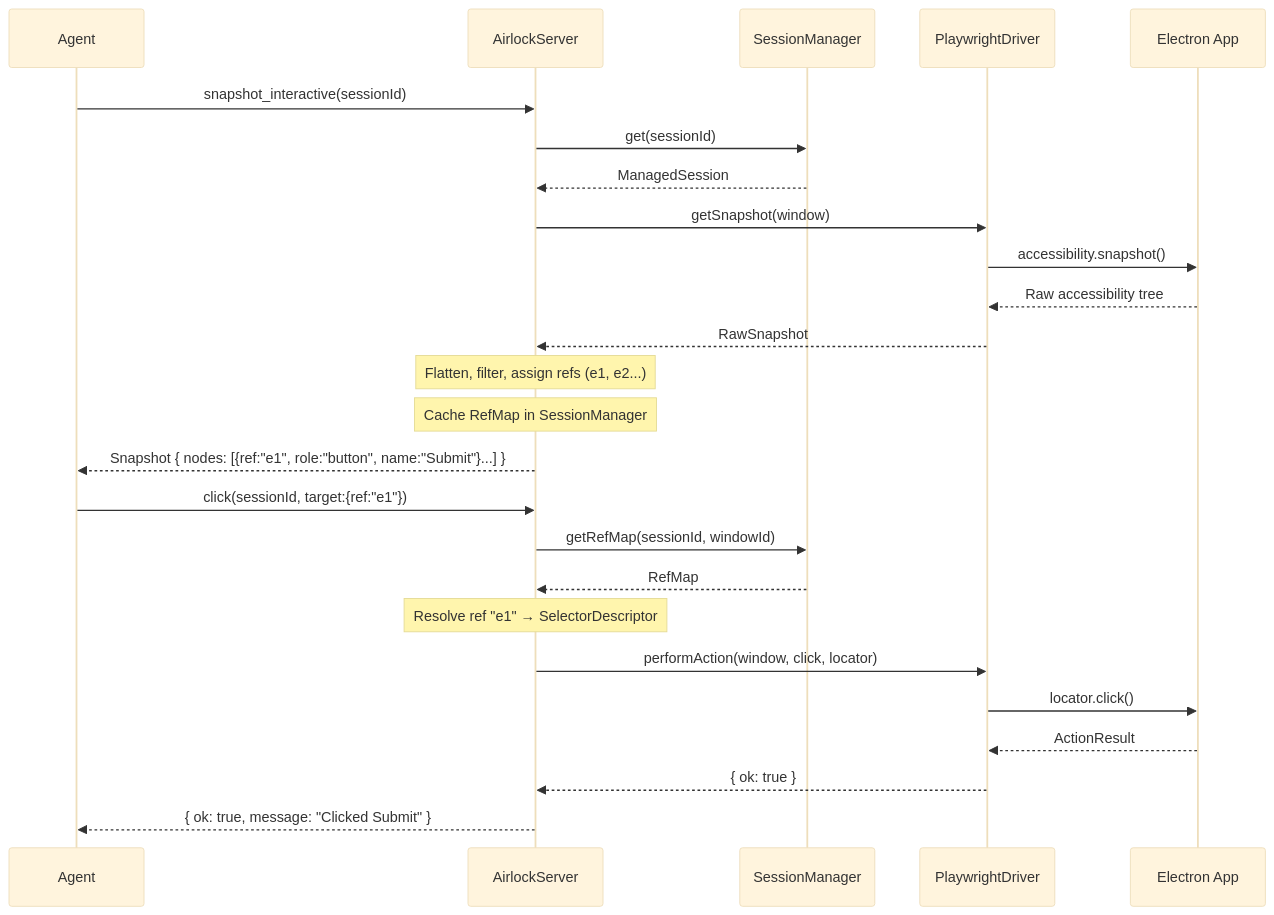
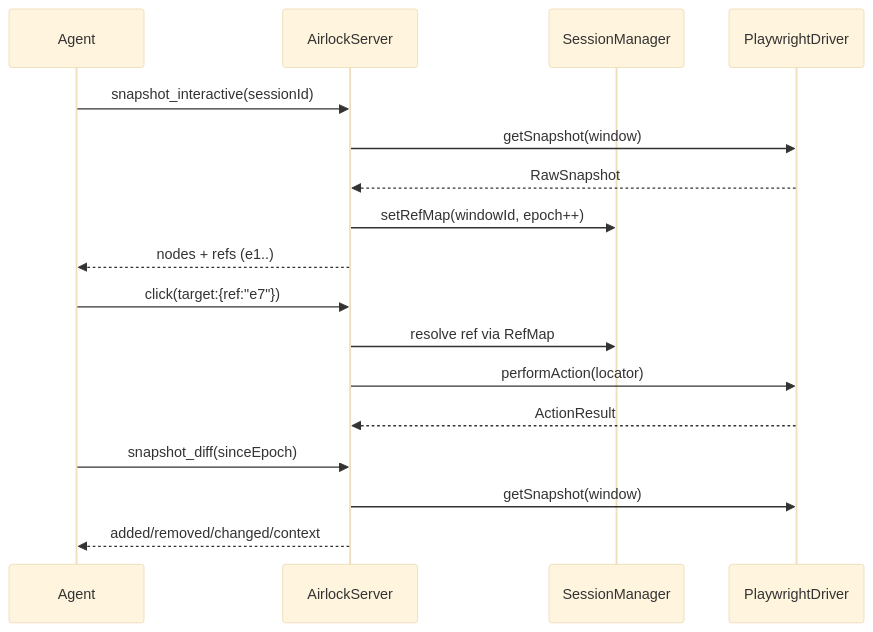
The second of 3 diagrams in docs/CODEBASE_MAP.md (rpalermodrums/airlock-electron-mcp), drawn with Mermaid (base theme) before and after one commit. The commit also changed other lines of this file and 7 other files, not shown here.

````diff
--- a/docs/CODEBASE_MAP.md
+++ b/docs/CODEBASE_MAP.md
@@ -234,29 +252,22 @@
 ```mermaid
 sequenceDiagram
     participant Agent
     participant Server as AirlockServer
     participant SM as SessionManager
     participant Driver as PlaywrightDriver
-    participant App as Electron App
 
     Agent->>Server: snapshot_interactive(sessionId)
-    Server->>SM: get(sessionId)
-    SM-->>Server: ManagedSession
     Server->>Driver: getSnapshot(window)
-    Driver->>App: accessibility.snapshot()
-    App-->>Driver: Raw accessibility tree
     Driver-->>Server: RawSnapshot
-    Note over Server: Flatten, filter, assign refs (e1, e2...)
-    Note over Server: Cache RefMap in SessionManager
-    Server-->>Agent: Snapshot { nodes: [{ref:"e1", role:"button", name:"Submit"}...] }
+    Server->>SM: setRefMap(windowId, epoch++)
+    Server-->>Agent: nodes + refs (e1..)
 
-    Agent->>Server: click(sessionId, target:{ref:"e1"})
-    Server->>SM: getRefMap(sessionId, windowId)
-    SM-->>Server: RefMap
-    Note over Server: Resolve ref "e1" → SelectorDescriptor
-    Server->>Driver: performAction(window, click, locator)
-    Driver->>App: locator.click()
-    App-->>Driver: ActionResult
-    Driver-->>Server: { ok: true }
-    Server-->>Agent: { ok: true, message: "Clicked Submit" }
+    Agent->>Server: click(target:{ref:"e7"})
+    Server->>SM: resolve ref via RefMap
+    Server->>Driver: performAction(locator)
+    Driver-->>Server: ActionResult
+
+    Agent->>Server: snapshot_diff(sinceEpoch)
+    Server->>Driver: getSnapshot(window)
+    Server-->>Agent: added/removed/changed/context
 ```
````
